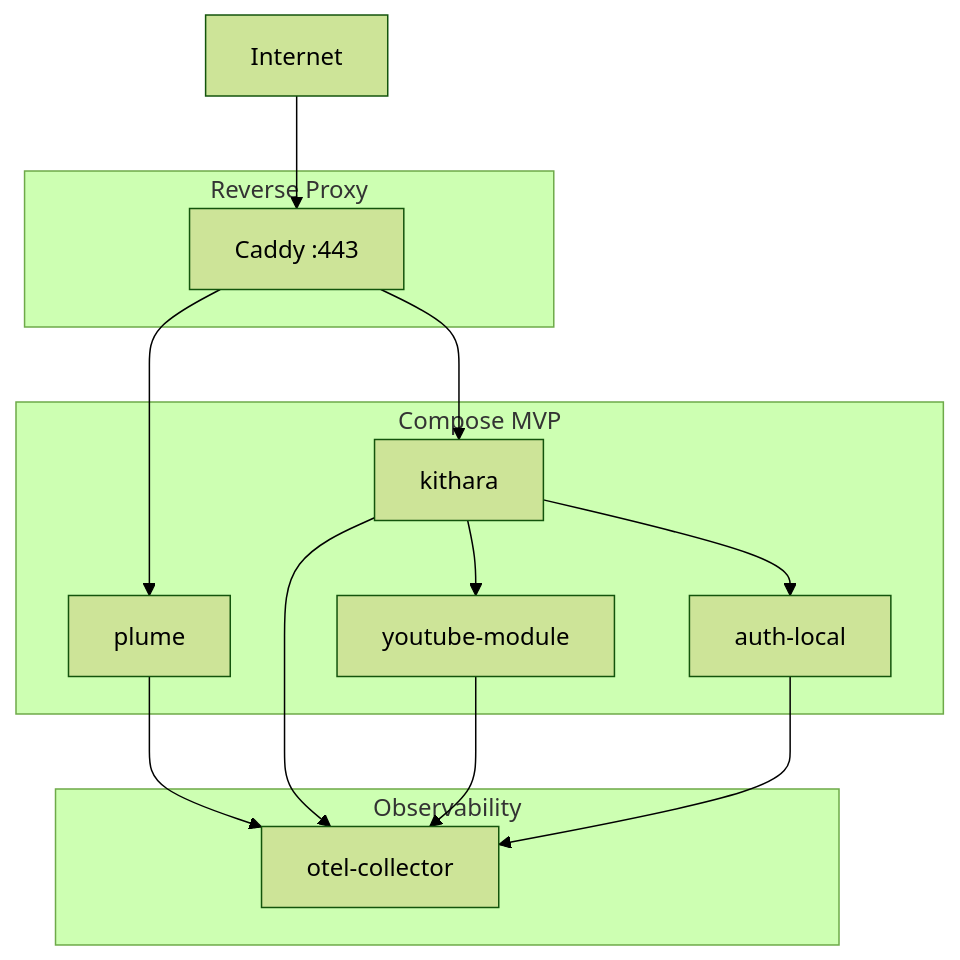
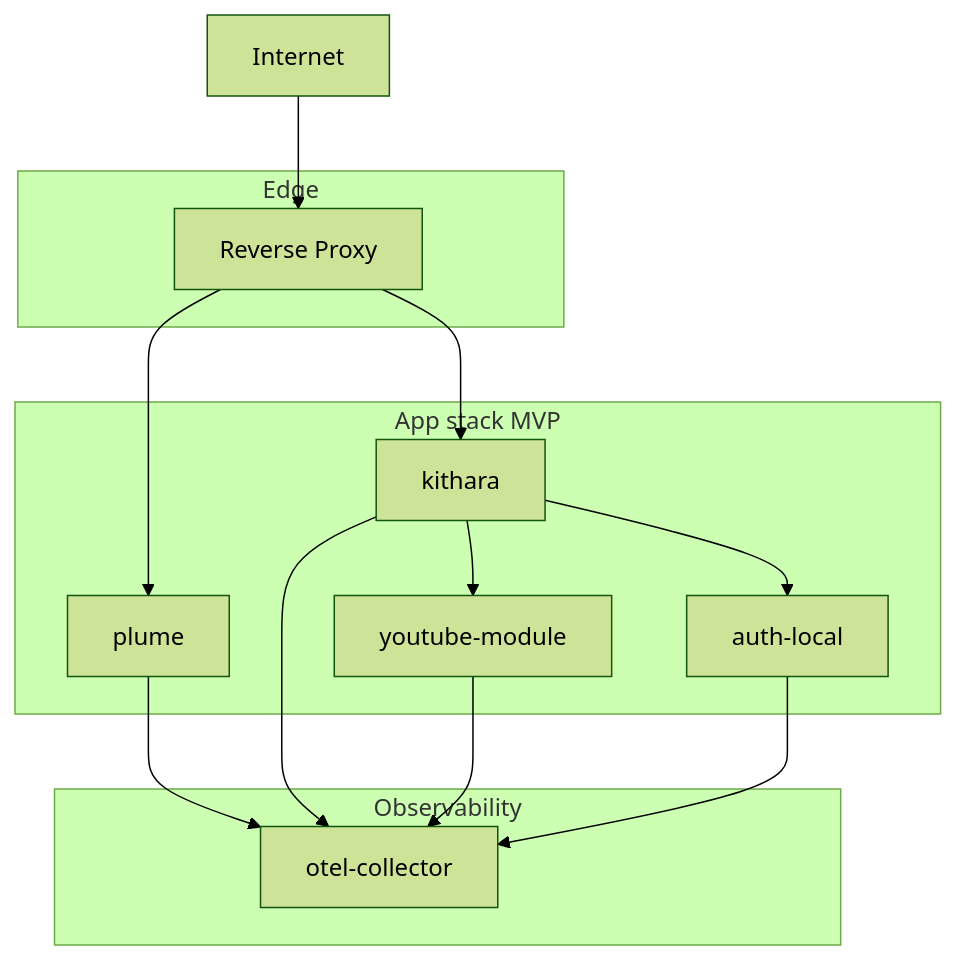
Before and after one commit to Bardie-radio/.github: the diagram in profile/docs/architecture/05-deployment.md, drawn with Mermaid (forest theme). The commit also changed other lines of this file and 4 other files, not shown here.

````diff
--- a/profile/docs/architecture/05-deployment.md
+++ b/profile/docs/architecture/05-deployment.md
@@ -4,24 +4,24 @@
 ```mermaid
 flowchart TB
-  subgraph proxy [Reverse Proxy]
-    P[Caddy :443]
+  subgraph edge [Edge]
+    P[Reverse Proxy]
   end
-  subgraph apps [Compose MVP]
+  subgraph apps [App stack MVP]
     Plume[plume]
     Kithara[kithara]
     YT[youtube-module]
     Auth[auth-local]
   end
   subgraph observe [Observability]
     OTel[otel-collector]
   end
   Internet --> P
   P --> Plume
   P --> Kithara
   Kithara --> YT
   Kithara --> Auth
   Plume --> OTel
   Kithara --> OTel
   YT --> OTel
   Auth --> OTel
 ```
````
